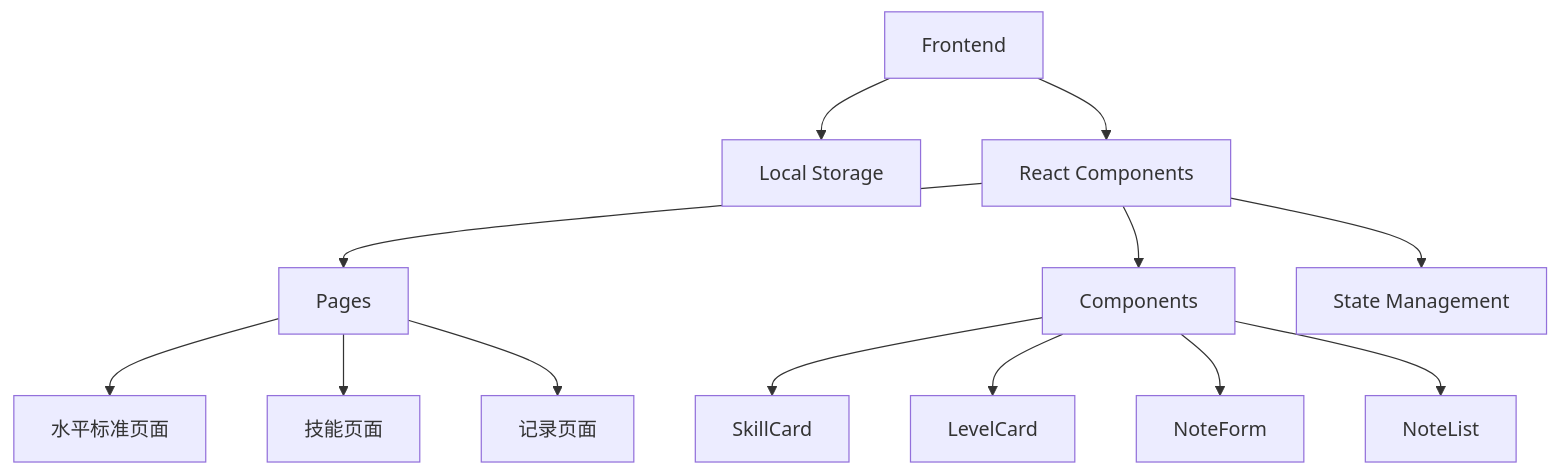
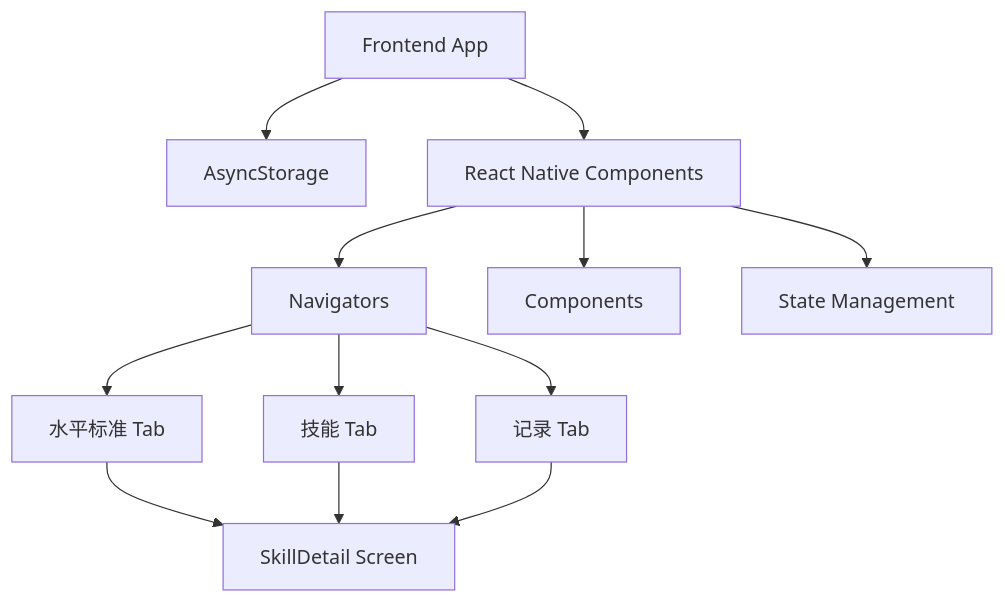
Before and after one commit to Q06183/AllLevelTennis: the first of 2 diagrams in .trae/documents/technical-architecture.md, drawn with Mermaid. The commit also changed other lines of this file and 3 other files, not shown here.

````diff
--- a/.trae/documents/technical-architecture.md
+++ b/.trae/documents/technical-architecture.md
@@ -2,15 +2,14 @@
 ```mermaid
 graph TD
-  A[Frontend] --> B[Local Storage]
-  A --> C[React Components]
-  C --> D[Pages]
+  A[Frontend App] --> B[AsyncStorage]
+  A --> C[React Native Components]
+  C --> D[Navigators]
   C --> E[Components]
   C --> F[State Management]
-  D --> G[水平标准页面]
-  D --> H[技能页面]
-  D --> I[记录页面]
-  E --> J[SkillCard]
-  E --> K[LevelCard]
-  E --> L[NoteForm]
-  E --> M[NoteList]
+  D --> G[水平标准 Tab]
+  D --> H[技能 Tab]
+  D --> I[记录 Tab]
+  G --> J[SkillDetail Screen]
+  H --> J
+  I --> J
 ```
````
